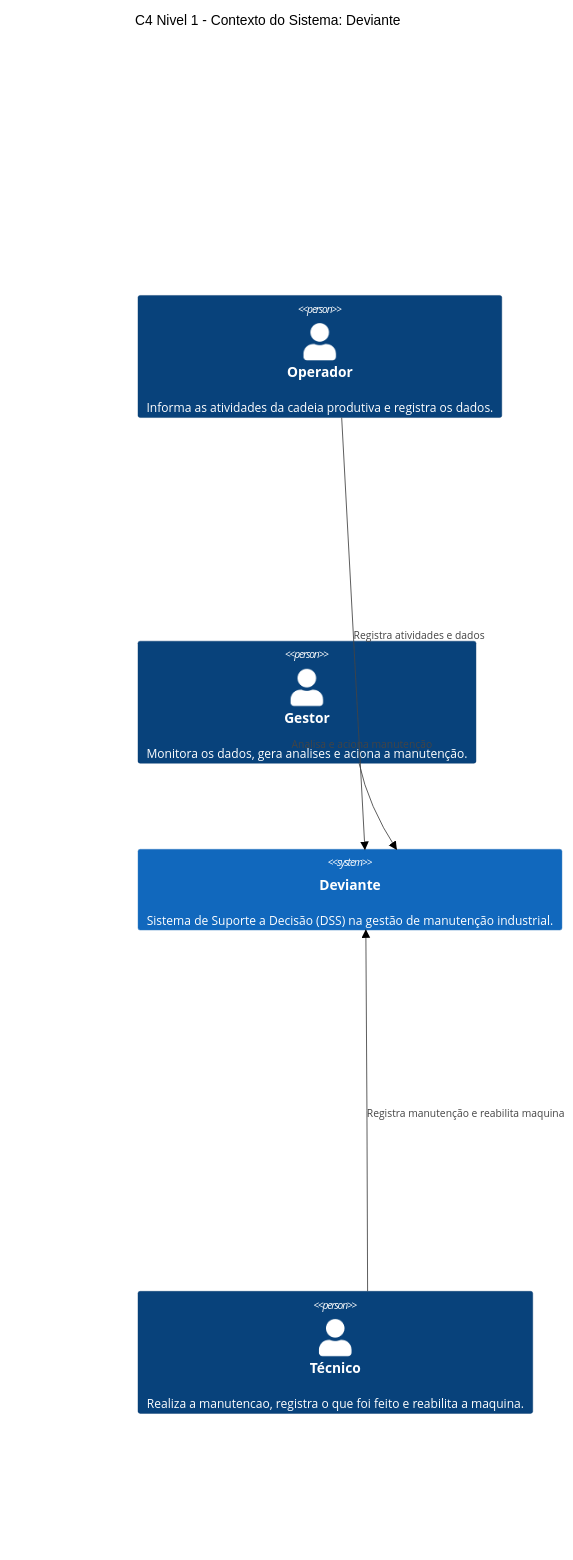
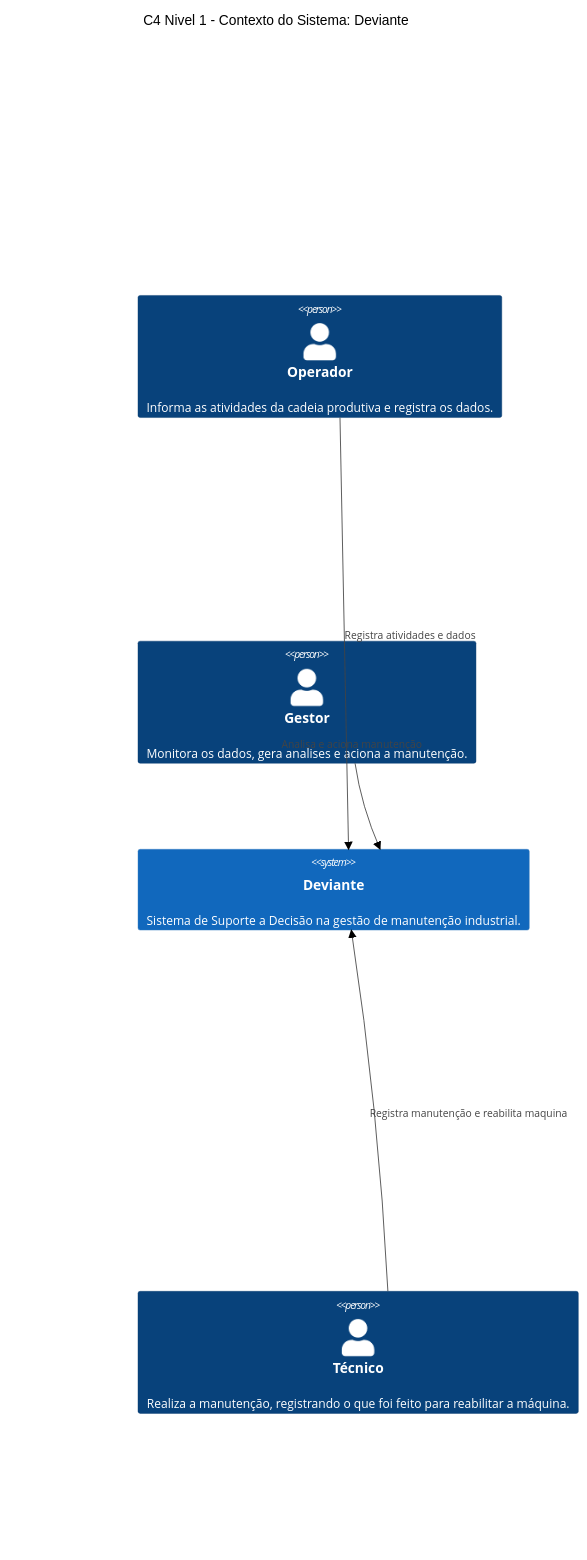
The diagram in architecture/c4/level 1.mmd (aland3r/deviante-docs), drawn with Mermaid (forest theme) before and after one commit. The commit also changed 4 other files, not shown here.

```diff
--- a/architecture/c4/level 1.mmd
+++ b/architecture/c4/level 1.mmd
@@ -1,27 +1,27 @@
 %%{init: {"c4": {"width": 300}}}%%
 C4Context
     title C4 Nivel 1 - Contexto do Sistema: Deviante
 
     System(e1, " ", " ")
     Person(operador, "Operador", "Informa as atividades da cadeia produtiva e registra os dados.")
     System(e2, " ", " ")
     Person(gestor, "Gestor", "Monitora os dados, gera analises e aciona a manutenção.")
-    System(deviante, "Deviante", "Sistema de Suporte a Decisão (DSS) na gestão de manutenção industrial.")
+    System(deviante, "Deviante", "Sistema de Suporte a Decisão na gestão de manutenção industrial.")
     System(e3, " ", " ")
     System(e4, " ", " ")
-    Person(tecnico, "Técnico", "Realiza a manutencao, registra o que foi feito e reabilita a maquina.")
+    Person(tecnico, "Técnico", "Realiza a manutenção, registrando o que foi feito para reabilitar a máquina.")
     System(e5, " ", " ")
 
     Rel(operador, deviante, "Registra atividades e dados")
     Rel(gestor, deviante, "Analisa e aciona manutenção")
     Rel(tecnico, deviante, "Registra manutenção e reabilita maquina")
 
     UpdateRelStyle(gestor, deviante, $offsetX="-100", $offsetY="-75")
 
     UpdateElementStyle(e1, $bgColor="transparent", $borderColor="transparent", $fontColor="transparent")
     UpdateElementStyle(e2, $bgColor="transparent", $borderColor="transparent", $fontColor="transparent")
     UpdateElementStyle(e3, $bgColor="transparent", $borderColor="transparent", $fontColor="transparent")
     UpdateElementStyle(e4, $bgColor="transparent", $borderColor="transparent", $fontColor="transparent")
     UpdateElementStyle(e5, $bgColor="transparent", $borderColor="transparent", $fontColor="transparent")
 
     UpdateLayoutConfig($c4ShapeInRow="3", $c4BoundaryInRow="1")
```
